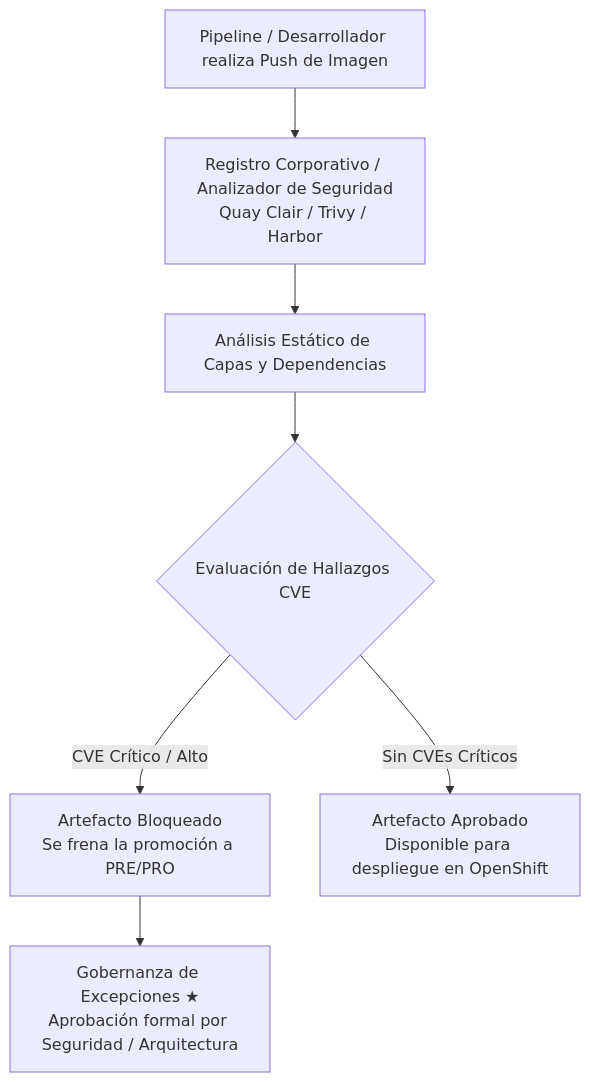
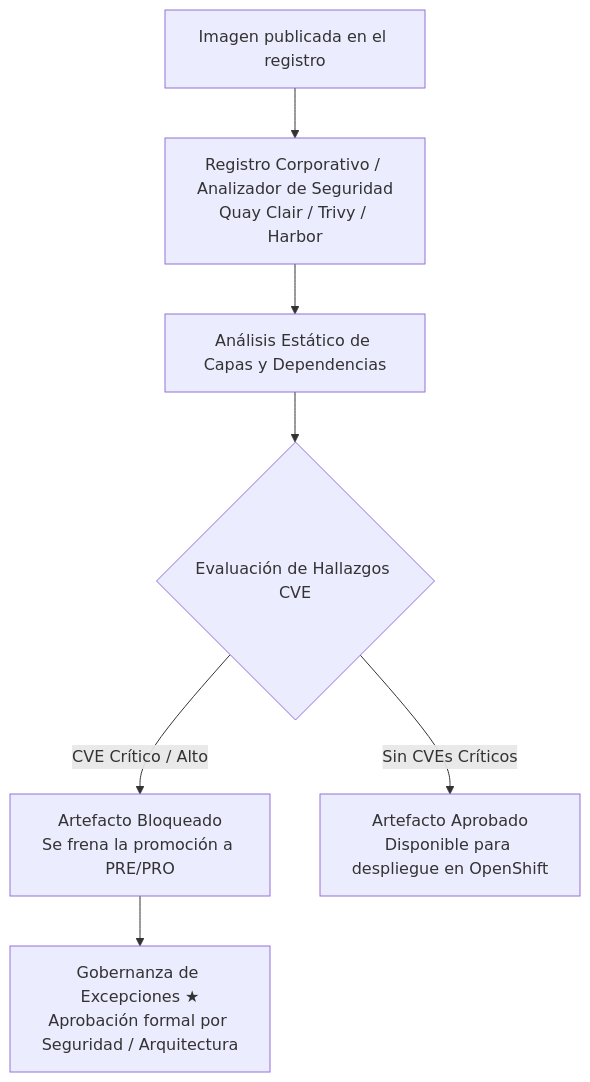
The sixth of 6 diagrams in docs/sesion4/4.4 Registro, gestión y seguridad de imágenes.md (ieftraining/curso-openshift), drawn with Mermaid before and after one commit. The commit also changed other lines of this file, not shown here.

````diff
--- a/docs/sesion4/4.4 Registro, gestión y seguridad de imágenes.md
+++ b/docs/sesion4/4.4 Registro, gestión y seguridad de imágenes.md
@@ -181,9 +165,9 @@
 ```mermaid
 flowchart TD
-    A[Pipeline / Desarrollador realiza Push de Imagen] --> B[Registro Corporativo / Analizador de Seguridad<br>Quay Clair / Trivy / Harbor]
+    A[Imagen publicada en el registro] --> B[Registro Corporativo / Analizador de Seguridad<br>Quay Clair / Trivy / Harbor]
     B --> C[Análisis Estático de Capas y Dependencias]
     C --> D{Evaluación de Hallazgos CVE}
     D -->|CVE Crítico / Alto| E[Artefacto Bloqueado<br>Se frena la promoción a PRE/PRO]
     D -->|Sin CVEs Críticos| F[Artefacto Aprobado<br>Disponible para despliegue en OpenShift]
     E --> G[Gobernanza de Excepciones ★<br>Aprobación formal por Seguridad / Arquitectura]
 ```
````
